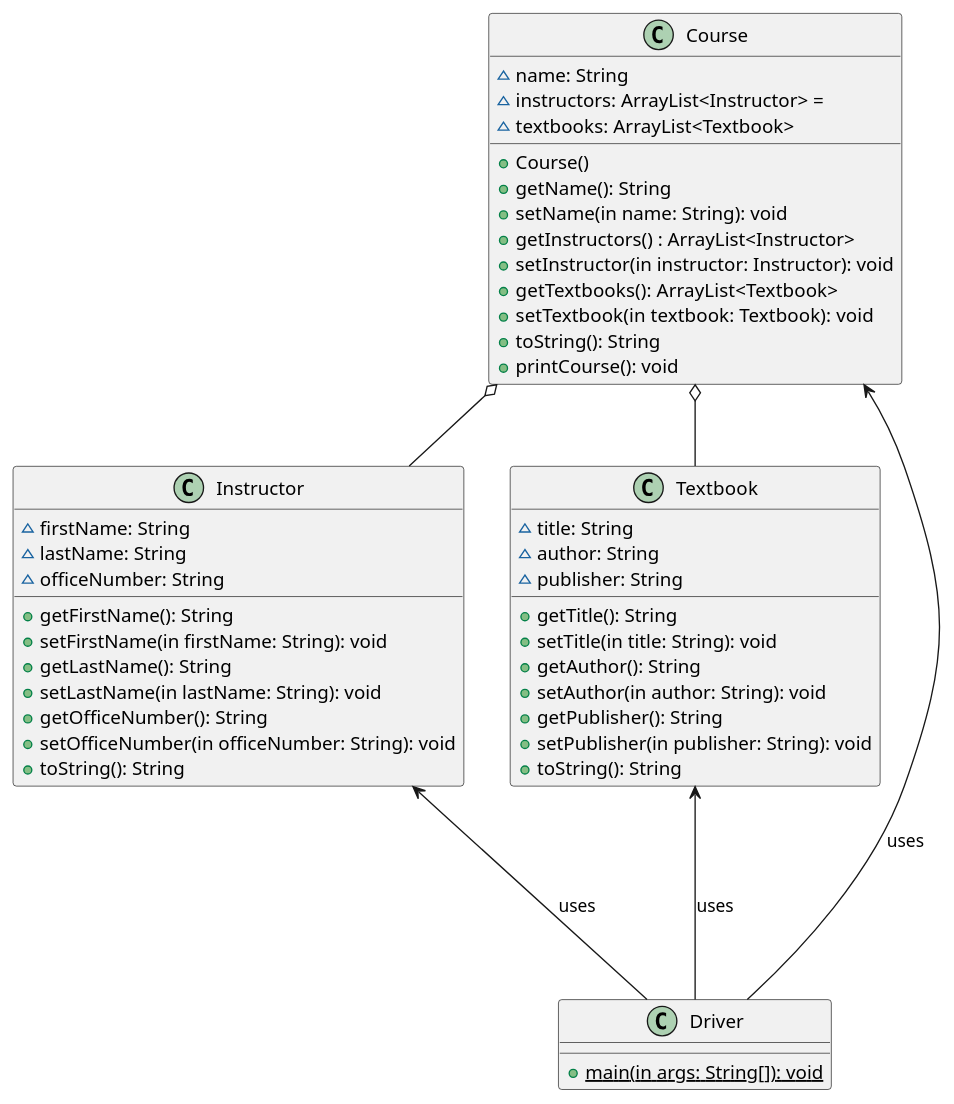
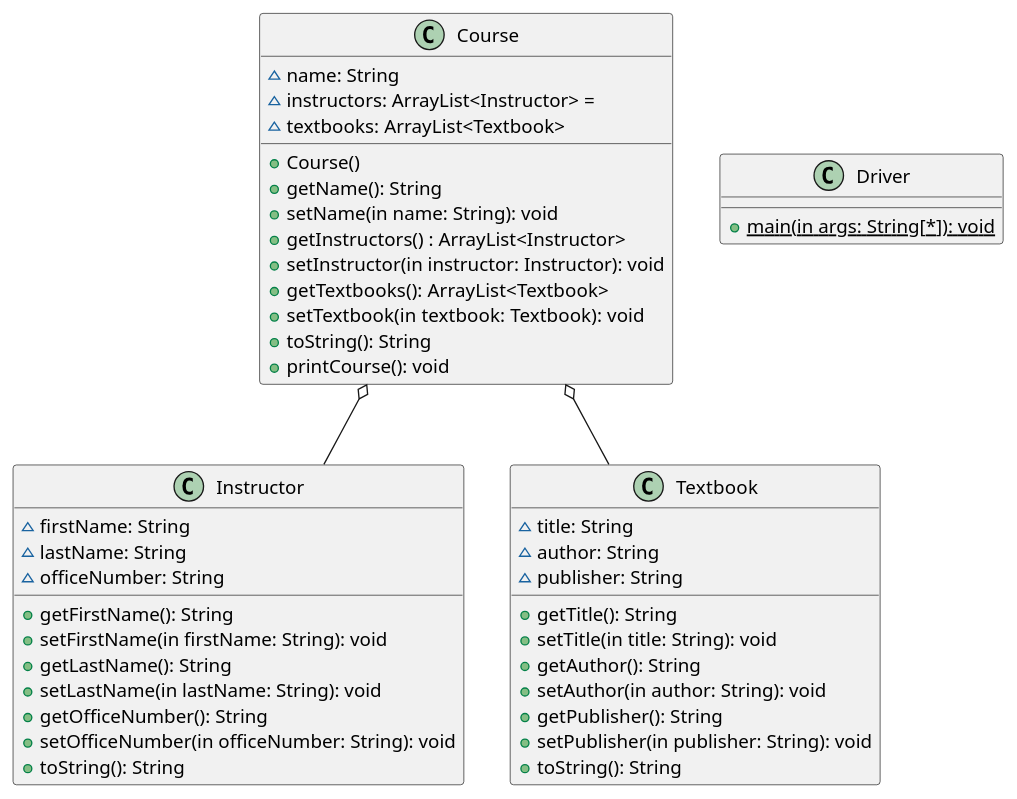
The diagram in ClassDiagrams/Aggregation.puml (Simon-D-Nguyen/CS-4800HW3), drawn with PlantUML before and after one commit. The commit also changed 3 other files, not shown here.

Commit message:
Fixed Driver arrows in all Object diagrams

```diff
--- a/ClassDiagrams/Aggregation.puml
+++ b/ClassDiagrams/Aggregation.puml
@@ -1,62 +1,59 @@
 @startuml
 'https://plantuml.com/class-diagram
 
 class Instructor {
 ~ firstName: String
 ~ lastName: String
 ~ officeNumber: String
 
 + getFirstName(): String
 + setFirstName(in firstName: String): void
 + getLastName(): String
 + setLastName(in lastName: String): void
 + getOfficeNumber(): String
 + setOfficeNumber(in officeNumber: String): void
 + toString(): String
 }
 
 
 class Textbook {
 ~ title: String
 ~ author: String
 ~ publisher: String
 
 + getTitle(): String
 + setTitle(in title: String): void
 + getAuthor(): String
 + setAuthor(in author: String): void
 + getPublisher(): String
 + setPublisher(in publisher: String): void
 + toString(): String
 }
 
 
 class Course {
 ~ name: String
 ~ instructors: ArrayList<Instructor> =
 ~ textbooks: ArrayList<Textbook>
 
 + Course()
 + getName(): String
 + setName(in name: String): void
 + getInstructors() : ArrayList<Instructor>
 + setInstructor(in instructor: Instructor): void
 + getTextbooks(): ArrayList<Textbook>
 + setTextbook(in textbook: Textbook): void
 + toString(): String
 + printCourse(): void
 }
 
 Course o-- Instructor
 Course o-- Textbook
 
 class Driver {
-+ {static} main(in args: String[]): void
++ {static} main(in args: String[*]): void
 }
 
-Instructor <--- Driver: uses
-Textbook <--- Driver: uses
-Course <--- Driver: uses
 
 
 @enduml
```
